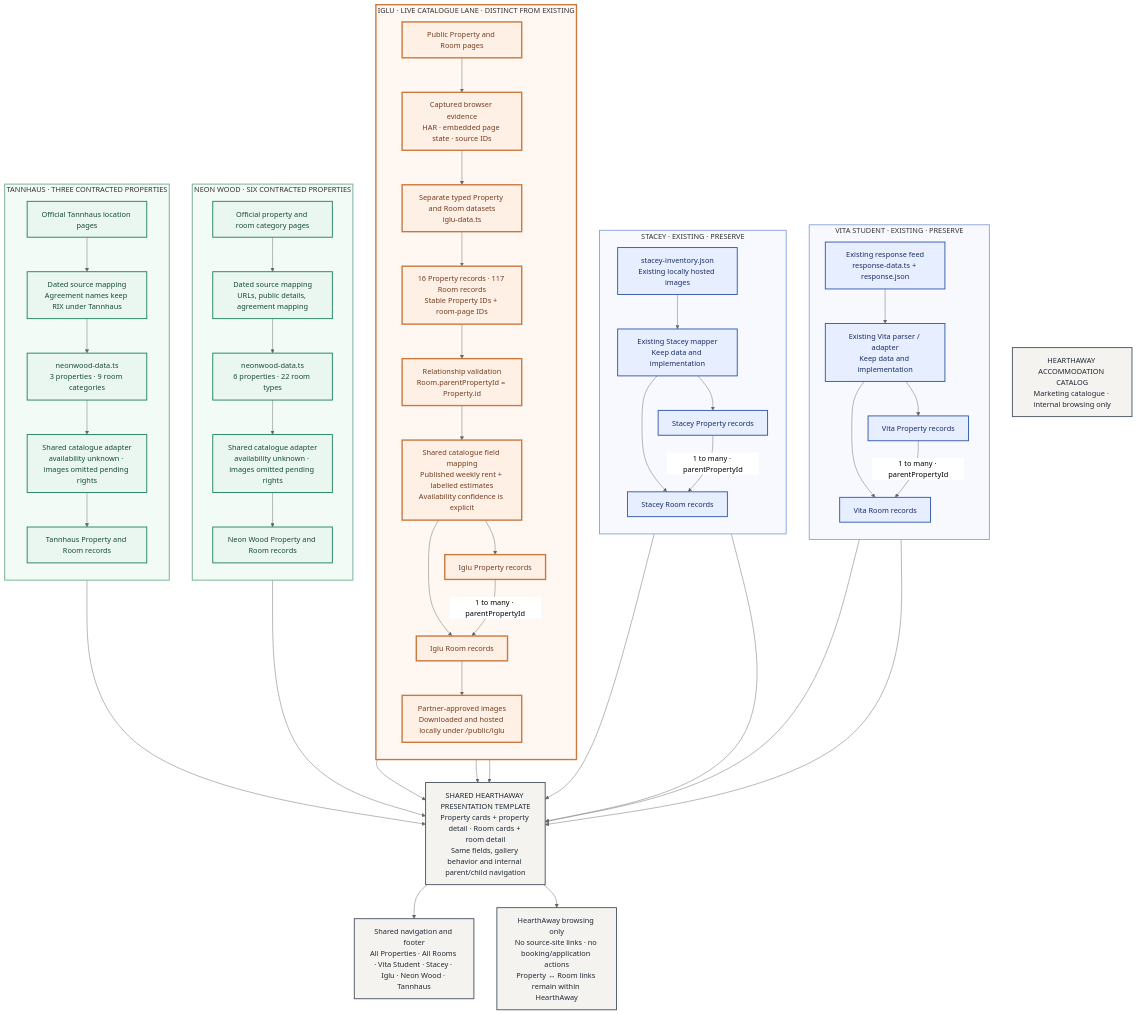
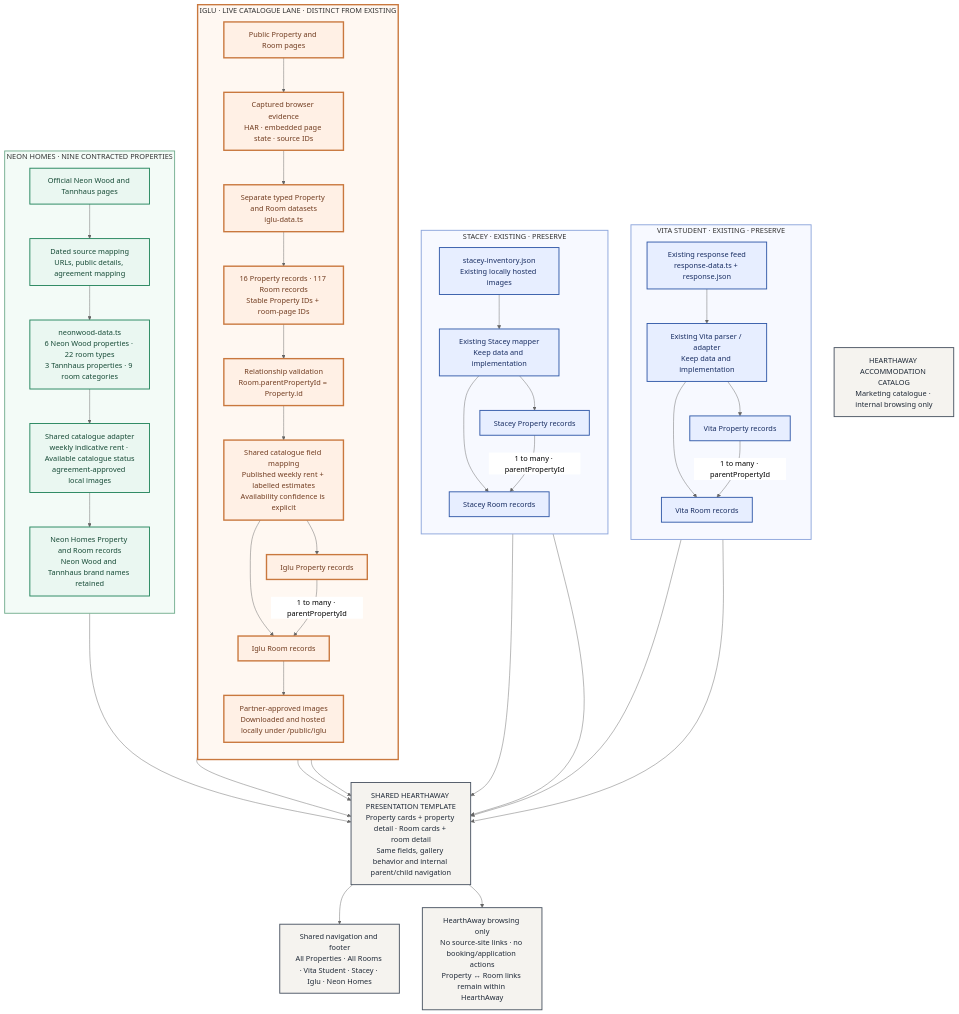
Before and after one commit to verveschool/v0-hearthaway: the diagram in docs/accommodation-architecture.mmd, drawn with Mermaid (neutral theme). The commit also changed 10 other files, not shown here.

First line of the commit message:
Show weekly rents and group listings under Neon Homes

```diff
--- a/docs/accommodation-architecture.mmd
+++ b/docs/accommodation-architecture.mmd
@@ -1,76 +1,66 @@
 flowchart TB
   catalog["HEARTHAWAY ACCOMMODATION CATALOG\nMarketing catalogue · internal browsing only"]
 
   subgraph vita["VITA STUDENT · EXISTING · PRESERVE"]
     direction TB
     vitaSrc["Existing response feed\nresponse-data.ts + response.json"] --> vitaAdapter["Existing Vita parser / adapter\nKeep data and implementation"]
     vitaAdapter --> vitaProp["Vita Property records"]
     vitaAdapter --> vitaRoom["Vita Room records"]
     vitaProp -- "1 to many · parentPropertyId" --> vitaRoom
   end
 
   subgraph stacey["STACEY · EXISTING · PRESERVE"]
     direction TB
     staceySrc["stacey-inventory.json\nExisting locally hosted images"] --> staceyAdapter["Existing Stacey mapper\nKeep data and implementation"]
     staceyAdapter --> staceyProp["Stacey Property records"]
     staceyAdapter --> staceyRoom["Stacey Room records"]
     staceyProp -- "1 to many · parentPropertyId" --> staceyRoom
   end
 
   subgraph iglu["IGLU · LIVE CATALOGUE LANE · DISTINCT FROM EXISTING"]
     direction TB
     igluPages["Public Property and Room pages"] --> evidence["Captured browser evidence\nHAR · embedded page state · source IDs"]
     evidence --> raw["Separate typed Property and Room datasets\niglu-data.ts"]
     raw --> ids["16 Property records · 117 Room records\nStable Property IDs + room-page IDs"]
     ids --> validate["Relationship validation\nRoom.parentPropertyId = Property.id"]
     validate --> map["Shared catalogue field mapping\nPublished weekly rent + labelled estimates\nAvailability confidence is explicit"]
     map --> igluProp["Iglu Property records"]
     map --> igluRoom["Iglu Room records"]
     igluProp -- "1 to many · parentPropertyId" --> igluRoom
     igluRoom --> hosted["Partner-approved images\nDownloaded and hosted locally under /public/iglu"]
   end
 
-  subgraph neonwood["NEON WOOD · SIX CONTRACTED PROPERTIES"]
+  subgraph neonhomes["NEON HOMES · NINE CONTRACTED PROPERTIES"]
     direction TB
-    nwPages["Official property and room category pages"] --> nwEvidence["Dated source mapping\nURLs, public details, agreement mapping"]
-    nwEvidence --> nwRaw["neonwood-data.ts\n6 properties · 22 room types"]
-    nwRaw --> nwAdapter["Shared catalogue adapter\navailability unknown · images omitted pending rights"]
-    nwAdapter --> nwProp["Neon Wood Property and Room records"]
-  end
-
-  subgraph tannhaus["TANNHAUS · THREE CONTRACTED PROPERTIES"]
-    direction TB
-    thPages["Official Tannhaus location pages"] --> thEvidence["Dated source mapping\nAgreement names keep RIX under Tannhaus"]
-    thEvidence --> thRaw["neonwood-data.ts\n3 properties · 9 room categories"]
-    thRaw --> thAdapter["Shared catalogue adapter\navailability unknown · images omitted pending rights"]
-    thAdapter --> thProp["Tannhaus Property and Room records"]
+    nwPages["Official Neon Wood and Tannhaus pages"] --> nwEvidence["Dated source mapping\nURLs, public details, agreement mapping"]
+    nwEvidence --> nwRaw["neonwood-data.ts\n6 Neon Wood properties · 22 room types\n3 Tannhaus properties · 9 room categories"]
+    nwRaw --> nwAdapter["Shared catalogue adapter\nweekly indicative rent · Available catalogue status\nagreement-approved local images"]
+    nwAdapter --> nwProp["Neon Homes Property and Room records\nNeon Wood and Tannhaus brand names retained"]
   end
 
   vitaProp --> presentation
   vitaRoom --> presentation
   staceyProp --> presentation
   staceyRoom --> presentation
   igluProp --> presentation
   igluRoom --> presentation
   hosted --> presentation
   nwProp --> presentation
-  thProp --> presentation
 
   presentation["SHARED HEARTHAWAY PRESENTATION TEMPLATE\nProperty cards + property detail · Room cards + room detail\nSame fields, gallery behavior and internal parent/child navigation"]
-  presentation --> nav["Shared navigation and footer\nAll Properties · All Rooms · Vita Student · Stacey · Iglu · Neon Wood · Tannhaus"]
+  presentation --> nav["Shared navigation and footer\nAll Properties · All Rooms · Vita Student · Stacey · Iglu · Neon Homes"]
   presentation --> behavior["HearthAway browsing only\nNo source-site links · no booking/application actions\nProperty ↔ Room links remain within HearthAway"]
 
   classDef existing fill:#E7EEFF,stroke:#3159A8,color:#182D62,stroke-width:2px;
   classDef iglu fill:#FFF0E5,stroke:#C9783E,color:#713C20,stroke-width:3px;
   classDef newprovider fill:#EAF7F1,stroke:#22845B,color:#164A36,stroke-width:2px;
   classDef shared fill:#F5F3EF,stroke:#4B5563,color:#1F2937,stroke-width:2px;
   classDef gate fill:#FFF8E7,stroke:#A77816,color:#4D3B0B,stroke-width:2px;
   class vitaSrc,vitaAdapter,vitaProp,vitaRoom,staceySrc,staceyAdapter,staceyProp,staceyRoom existing;
   class igluPages,evidence,raw,ids,validate,map,igluProp,igluRoom,hosted iglu;
-  class nwPages,nwEvidence,nwRaw,nwAdapter,nwProp,thPages,thEvidence,thRaw,thAdapter,thProp newprovider;
+  class nwPages,nwEvidence,nwRaw,nwAdapter,nwProp newprovider;
   class catalog,presentation,nav,behavior shared;
   style vita fill:#F7F9FF,stroke:#8CA5DB,stroke-width:2px;
   style stacey fill:#F7F9FF,stroke:#8CA5DB,stroke-width:2px;
   style iglu fill:#FFF8F2,stroke:#C9783E,stroke-width:3px;
-  style neonwood fill:#F3FBF7,stroke:#72AD8E,stroke-width:2px;
-  style tannhaus fill:#F3FBF7,stroke:#72AD8E,stroke-width:2px;
+  style neonhomes fill:#F3FBF7,stroke:#72AD8E,stroke-width:2px;
```
